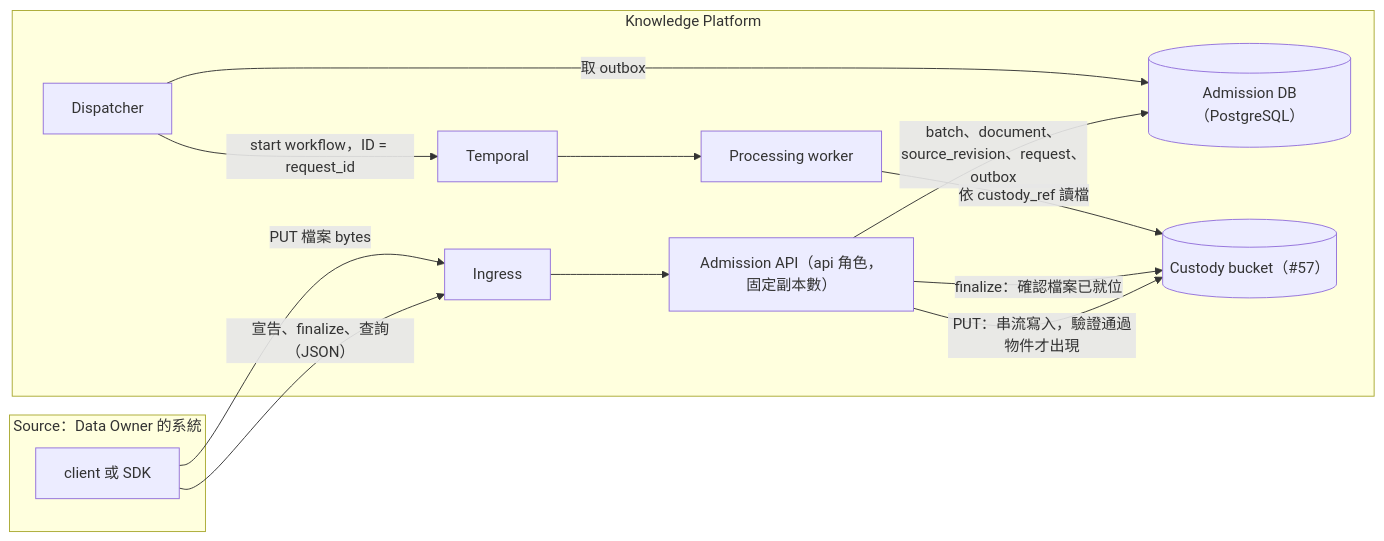
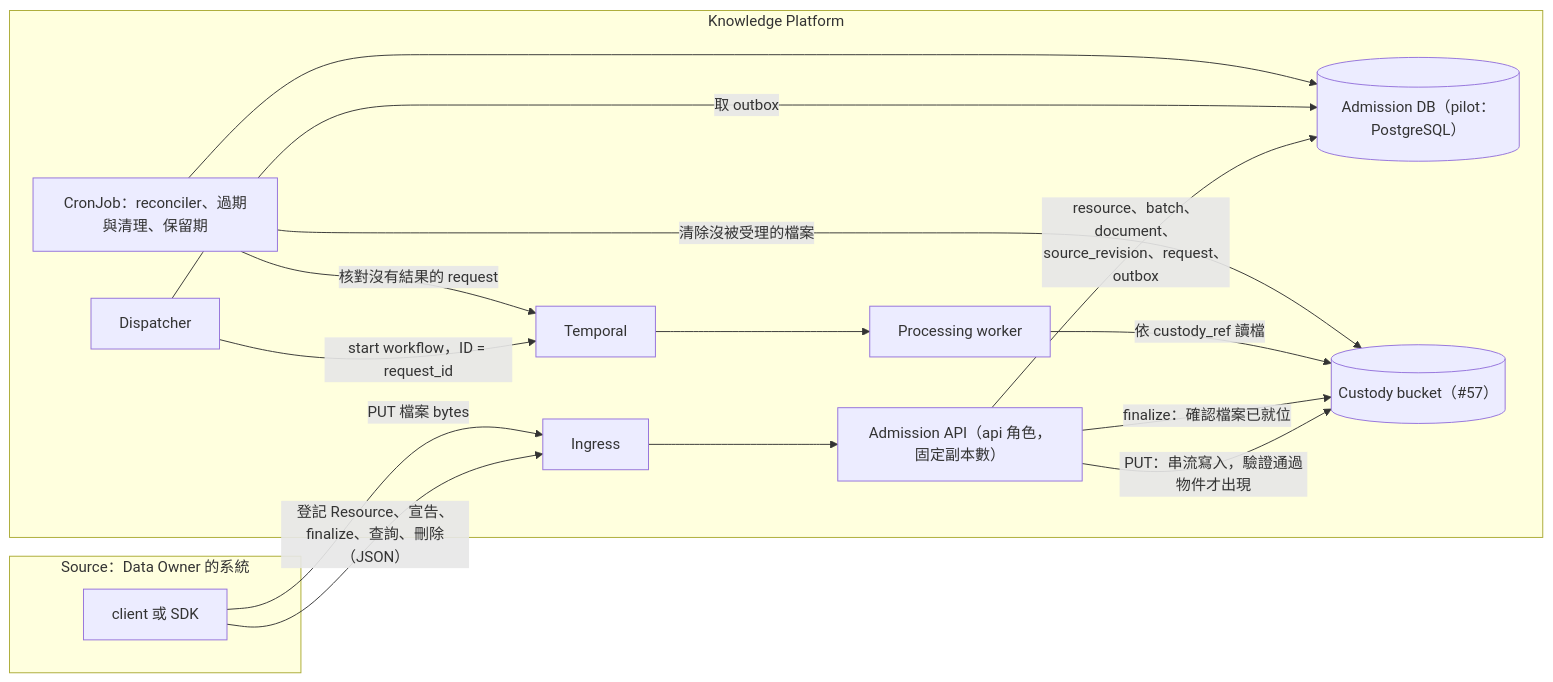
One commit to davidlinnnn/data-ingestion changed the first of 2 diagrams in docs/design/knowledge-platform-file-upload.md. Above: the diagram before and after it, drawn with Mermaid. The commit also changed other lines of this file and 3 other files, not shown here.

First line of the commit message:
docs/design: file upload document brought up to date as the entry document for Source handoff (#245)

````diff
--- a/docs/design/knowledge-platform-file-upload.md
+++ b/docs/design/knowledge-platform-file-upload.md
@@ -108,25 +114,29 @@
 ```mermaid
 flowchart LR
   subgraph source["Source：Data Owner 的系統"]
     C["client 或 SDK"]
   end
   subgraph platform["Knowledge Platform"]
     I["Ingress"]
     A["Admission API（api 角色，固定副本數）"]
-    DB[("Admission DB（PostgreSQL）")]
+    DB[("Admission DB（pilot：PostgreSQL）")]
     CU[("Custody bucket（#57）")]
     D["Dispatcher"]
     T["Temporal"]
     W["Processing worker"]
+    J["CronJob：reconciler、過期與清理、保留期"]
   end
-  C -- "宣告、finalize、查詢（JSON）" --> I
+  C -- "登記 Resource、宣告、finalize、查詢、刪除（JSON）" --> I
   C -- "PUT 檔案 bytes" --> I
   I --> A
   A -- "PUT：串流寫入，驗證通過物件才出現" --> CU
-  A -- "batch、document、source_revision、request、outbox" --> DB
+  A -- "resource、batch、document、source_revision、request、outbox" --> DB
   A -- "finalize：確認檔案已就位" --> CU
   D -- "取 outbox" --> DB
   D -- "start workflow，ID = request_id" --> T
   T --> W
   W -- "依 custody_ref 讀檔" --> CU
+  J -- "核對沒有結果的 request" --> T
+  J --> DB
+  J -- "清除沒被受理的檔案" --> CU
 ```
````
